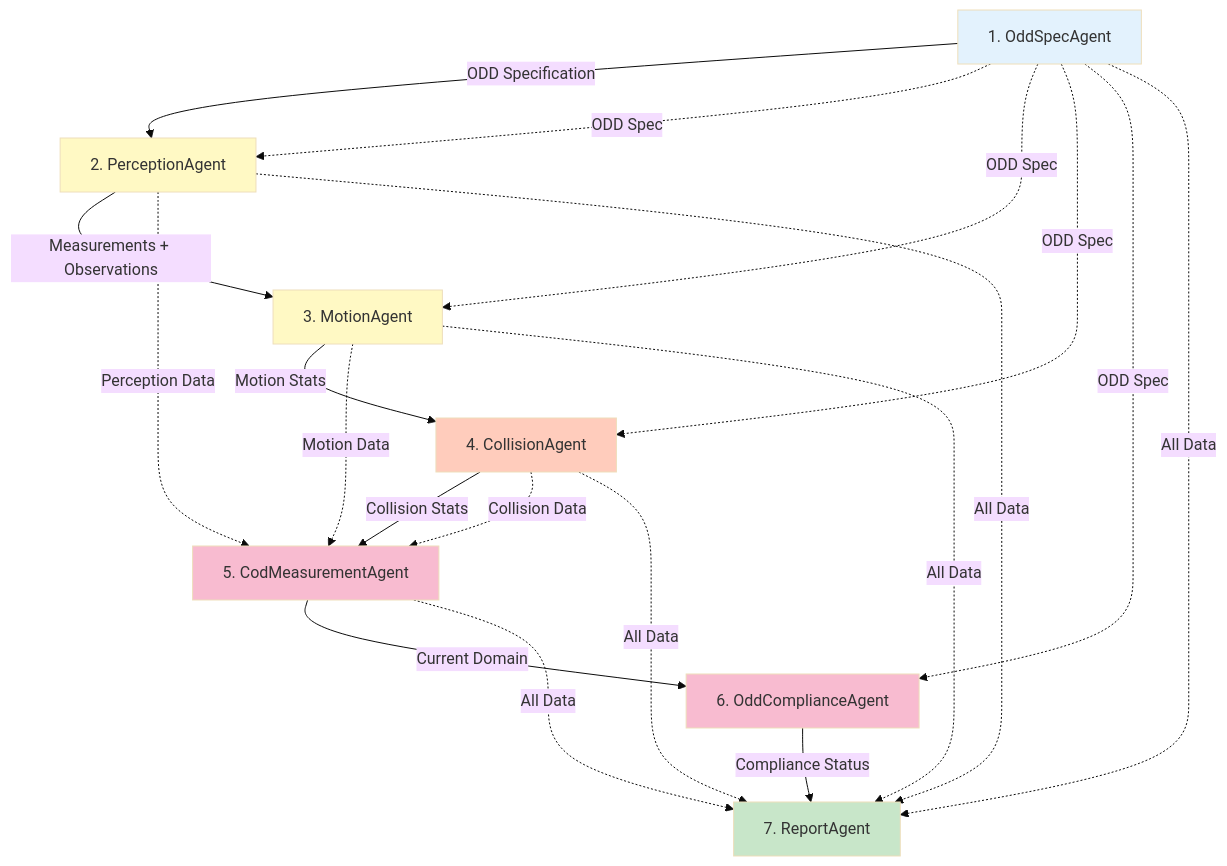
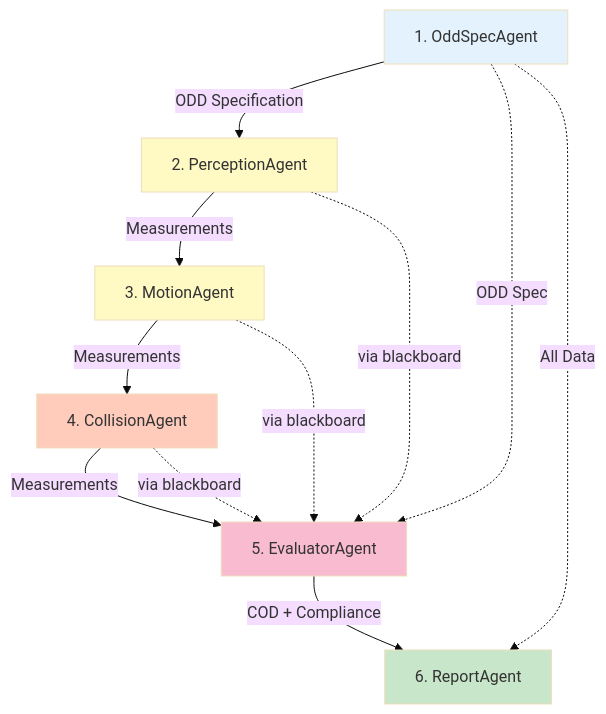
One commit to danmartinez78/go2-odd-observer changed the diagram in docs/agents/README.md. Above: the diagram before and after it, drawn with Mermaid (base theme). The commit also changed other lines of this file and 16 other files, not shown here.

First line of the commit message:
feat(phase1.4.4): Standardize agent/tool outputs + fix motion acceleration

````diff
--- a/docs/agents/README.md
+++ b/docs/agents/README.md
@@ -11,29 +15,20 @@
 ```mermaid
 graph TD
     A[1. OddSpecAgent] -->|ODD Specification| B[2. PerceptionAgent]
-    B -->|Measurements + Observations| C[3. MotionAgent]
-    C -->|Motion Stats| D[4. CollisionAgent]
-    D -->|Collision Stats| E[5. CodMeasurementAgent]
-    A -.->|ODD Spec| B
-    A -.->|ODD Spec| C
-    A -.->|ODD Spec| D
-    B -.->|Perception Data| E
-    C -.->|Motion Data| E
-    D -.->|Collision Data| E
-    E -->|Current Domain| F[6. OddComplianceAgent]
-    A -.->|ODD Spec| F
-    F -->|Compliance Status| G[7. ReportAgent]
-    A -.->|All Data| G
-    B -.->|All Data| G
-    C -.->|All Data| G
-    D -.->|All Data| G
-    E -.->|All Data| G
+    B -->|Measurements| C[3. MotionAgent]
+    C -->|Measurements| D[4. CollisionAgent]
+    D -->|Measurements| E[5. EvaluatorAgent]
+    A -.->|ODD Spec| E
+    B -.->|via blackboard| E
+    C -.->|via blackboard| E
+    D -.->|via blackboard| E
+    E -->|COD + Compliance| F[6. ReportAgent]
+    A -.->|All Data| F
     
     style A fill:#e3f2fd
     style B fill:#fff9c4
     style C fill:#fff9c4
     style D fill:#ffccbc
     style E fill:#f8bbd0
-    style F fill:#f8bbd0
-    style G fill:#c8e6c9
+    style F fill:#c8e6c9
 ```
````
